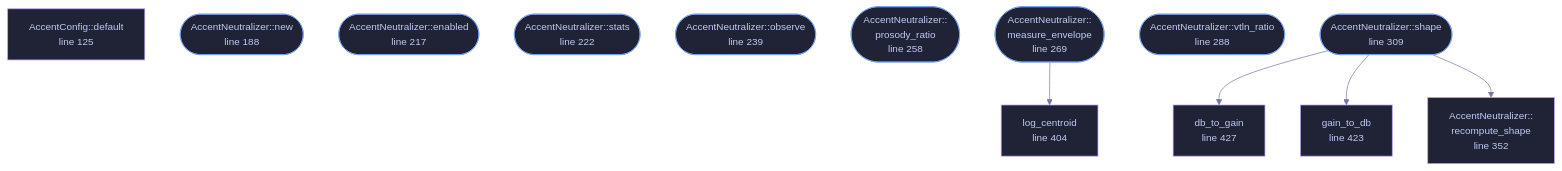
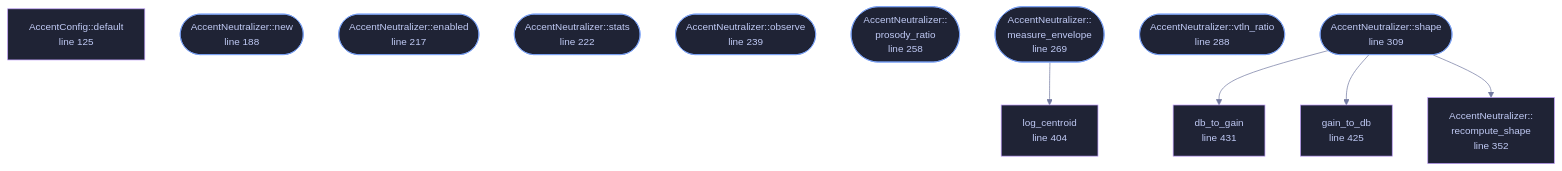
Before and after one commit to tilas01/veilvoice: the diagram in wiki/File-veilvoice-core-accent.md, drawn with Mermaid. The commit also changed other lines of this file and 528 other files, not shown here.

````diff
--- a/wiki/File-veilvoice-core-accent.md
+++ b/wiki/File-veilvoice-core-accent.md
@@ -108,38 +108,38 @@
 ```mermaid
 %%{init: {"theme":"base","themeVariables":{"background":"#1a1b26","primaryColor":"#1f2335","primaryTextColor":"#c0caf5","primaryBorderColor":"#7aa2f7","secondaryColor":"#16161e","tertiaryColor":"#16161e","lineColor":"#737aa2","textColor":"#c0caf5","mainBkg":"#1f2335","nodeBorder":"#7aa2f7","clusterBkg":"#16161e","clusterBorder":"#2f3549","fontFamily":"ui-monospace, SFMono-Regular, Consolas, monospace","fontSize":"14px"}}}%%
 flowchart TD
     n_default["AccentConfig::default<br/>line 125"]
     n_new(["AccentNeutralizer::new<br/>line 188"])
     n_enabled(["AccentNeutralizer::enabled<br/>line 217"])
     n_stats(["AccentNeutralizer::stats<br/>line 222"])
     n_observe(["AccentNeutralizer::observe<br/>line 239"])
     n_prosody_ratio(["AccentNeutralizer::<br/>prosody_ratio<br/>line 258"])
     n_measure_envelope(["AccentNeutralizer::<br/>measure_envelope<br/>line 269"])
     n_vtln_ratio(["AccentNeutralizer::vtln_ratio<br/>line 288"])
     n_shape(["AccentNeutralizer::shape<br/>line 309"])
     n_recompute_shape["AccentNeutralizer::<br/>recompute_shape<br/>line 352"]
     n_log_centroid["log_centroid<br/>line 404"]
-    n_gain_to_db["gain_to_db<br/>line 423"]
-    n_db_to_gain["db_to_gain<br/>line 427"]
+    n_gain_to_db["gain_to_db<br/>line 425"]
+    n_db_to_gain["db_to_gain<br/>line 431"]
     n_measure_envelope --> n_log_centroid
     n_shape --> n_db_to_gain
     n_shape --> n_gain_to_db
     n_shape --> n_recompute_shape
     click n_default href "https://github.com/tilas01/veilvoice/blob/main/crates/veilvoice-core/src/accent.rs#L125" "open the source"
     click n_new href "https://github.com/tilas01/veilvoice/blob/main/crates/veilvoice-core/src/accent.rs#L188" "open the source"
     click n_enabled href "https://github.com/tilas01/veilvoice/blob/main/crates/veilvoice-core/src/accent.rs#L217" "open the source"
     click n_stats href "https://github.com/tilas01/veilvoice/blob/main/crates/veilvoice-core/src/accent.rs#L222" "open the source"
     click n_observe href "https://github.com/tilas01/veilvoice/blob/main/crates/veilvoice-core/src/accent.rs#L239" "open the source"
     click n_prosody_ratio href "https://github.com/tilas01/veilvoice/blob/main/crates/veilvoice-core/src/accent.rs#L258" "open the source"
     click n_measure_envelope href "https://github.com/tilas01/veilvoice/blob/main/crates/veilvoice-core/src/accent.rs#L269" "open the source"
     click n_vtln_ratio href "https://github.com/tilas01/veilvoice/blob/main/crates/veilvoice-core/src/accent.rs#L288" "open the source"
     click n_shape href "https://github.com/tilas01/veilvoice/blob/main/crates/veilvoice-core/src/accent.rs#L309" "open the source"
     click n_recompute_shape href "https://github.com/tilas01/veilvoice/blob/main/crates/veilvoice-core/src/accent.rs#L352" "open the source"
     click n_log_centroid href "https://github.com/tilas01/veilvoice/blob/main/crates/veilvoice-core/src/accent.rs#L404" "open the source"
-    click n_gain_to_db href "https://github.com/tilas01/veilvoice/blob/main/crates/veilvoice-core/src/accent.rs#L423" "open the source"
-    click n_db_to_gain href "https://github.com/tilas01/veilvoice/blob/main/crates/veilvoice-core/src/accent.rs#L427" "open the source"
+    click n_gain_to_db href "https://github.com/tilas01/veilvoice/blob/main/crates/veilvoice-core/src/accent.rs#L425" "open the source"
+    click n_db_to_gain href "https://github.com/tilas01/veilvoice/blob/main/crates/veilvoice-core/src/accent.rs#L431" "open the source"
     classDef entry fill:#1f2335,stroke:#7aa2f7,color:#c0caf5
     class n_new,n_enabled,n_stats,n_observe,n_prosody_ratio,n_measure_envelope,n_vtln_ratio,n_shape entry
     classDef helper fill:#1f2335,stroke:#bb9af7,color:#c0caf5
     class n_default,n_recompute_shape,n_log_centroid,n_gain_to_db,n_db_to_gain helper
 ```
````
